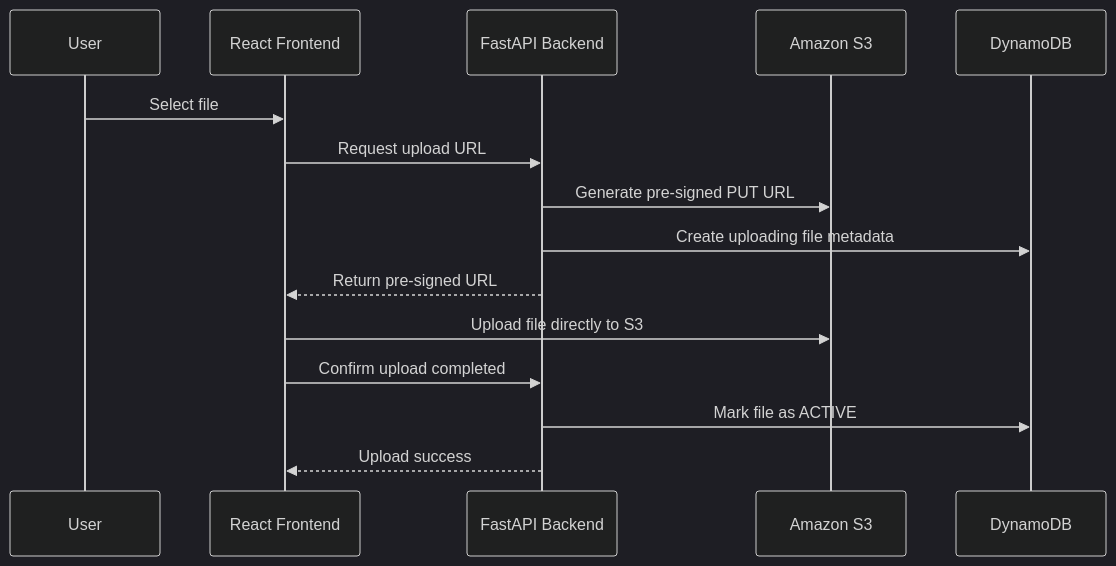
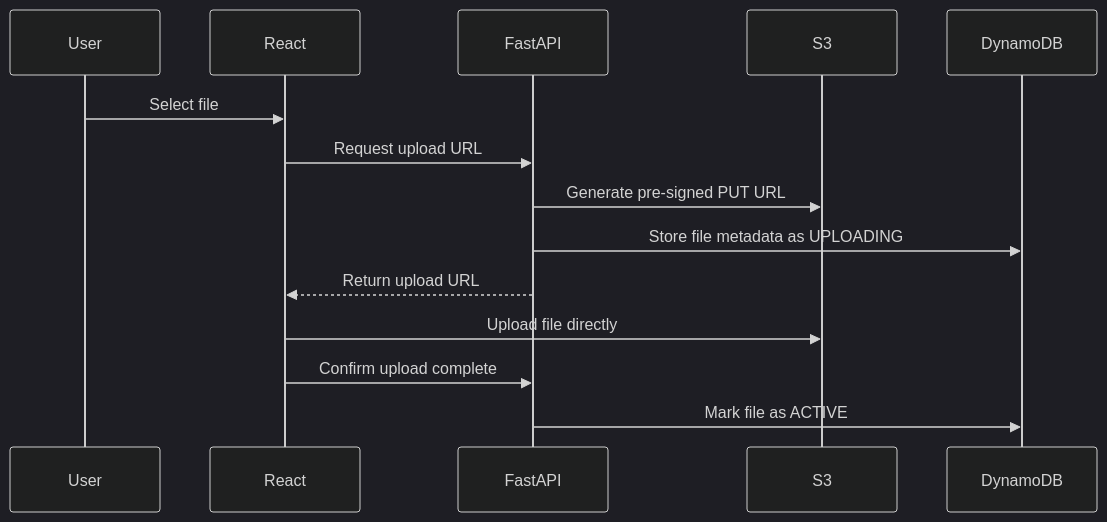
The third of 4 diagrams in README.md (chintukotti/secureshare), drawn with Mermaid (dark theme) before and after one commit. The commit also changed other lines of this file and 128 other files, not shown here.

Commit message:
Add frontend and backend source code

````diff
--- a/README.md
+++ b/README.md
@@ -179,18 +229,17 @@
 ```mermaid
 sequenceDiagram
-    participant U as User
-    participant R as React Frontend
-    participant B as FastAPI Backend
-    participant S as Amazon S3
-    participant D as DynamoDB
+    participant User
+    participant React
+    participant FastAPI
+    participant S3
+    participant DynamoDB
 
-    U->>R: Select file
-    R->>B: Request upload URL
-    B->>S: Generate pre-signed PUT URL
-    B->>D: Create uploading file metadata
-    B-->>R: Return pre-signed URL
-    R->>S: Upload file directly to S3
-    R->>B: Confirm upload completed
-    B->>D: Mark file as ACTIVE
-    B-->>R: Upload success
+    User->>React: Select file
+    React->>FastAPI: Request upload URL
+    FastAPI->>S3: Generate pre-signed PUT URL
+    FastAPI->>DynamoDB: Store file metadata as UPLOADING
+    FastAPI-->>React: Return upload URL
+    React->>S3: Upload file directly
+    React->>FastAPI: Confirm upload complete
+    FastAPI->>DynamoDB: Mark file as ACTIVE
 ```
````
